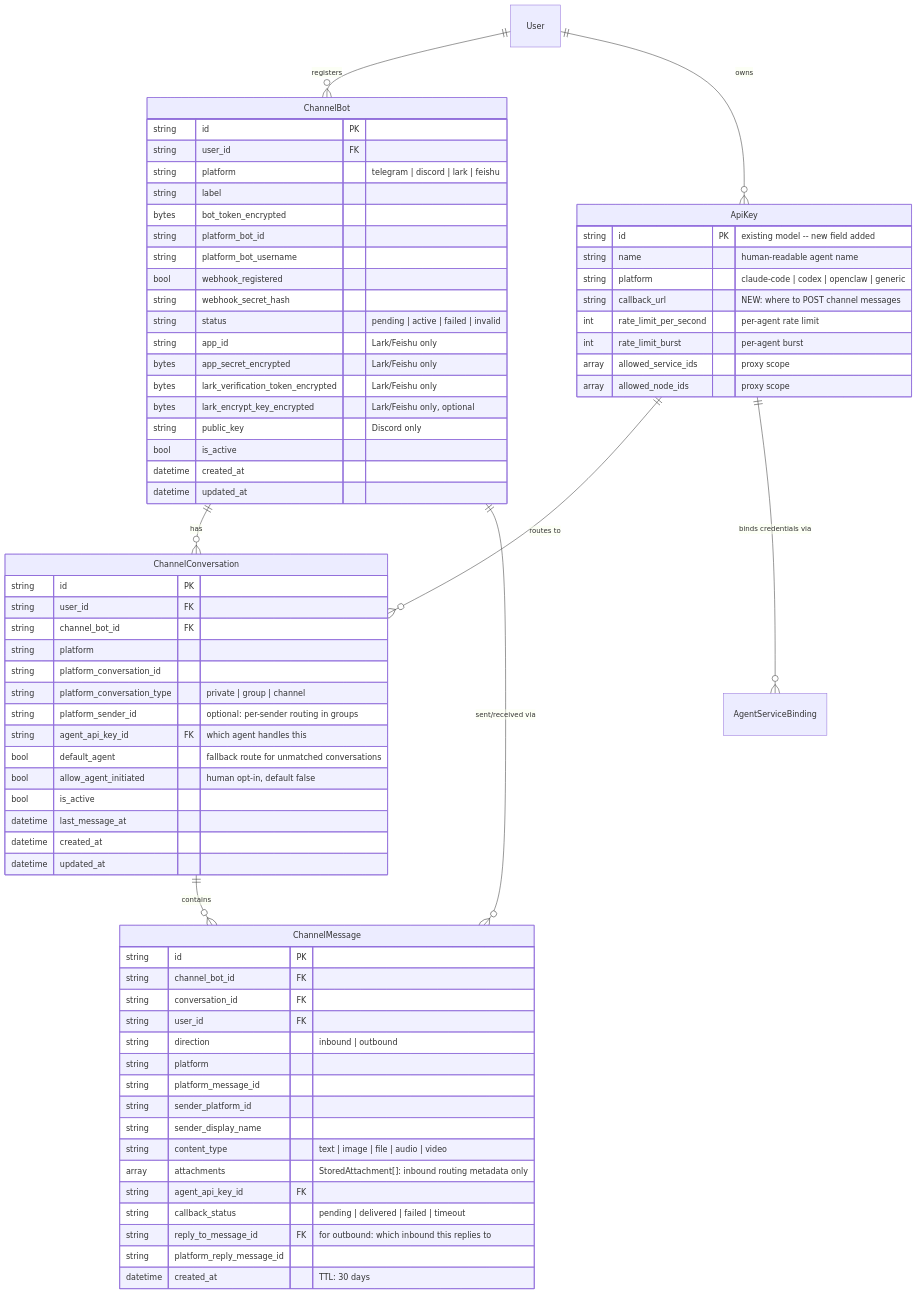
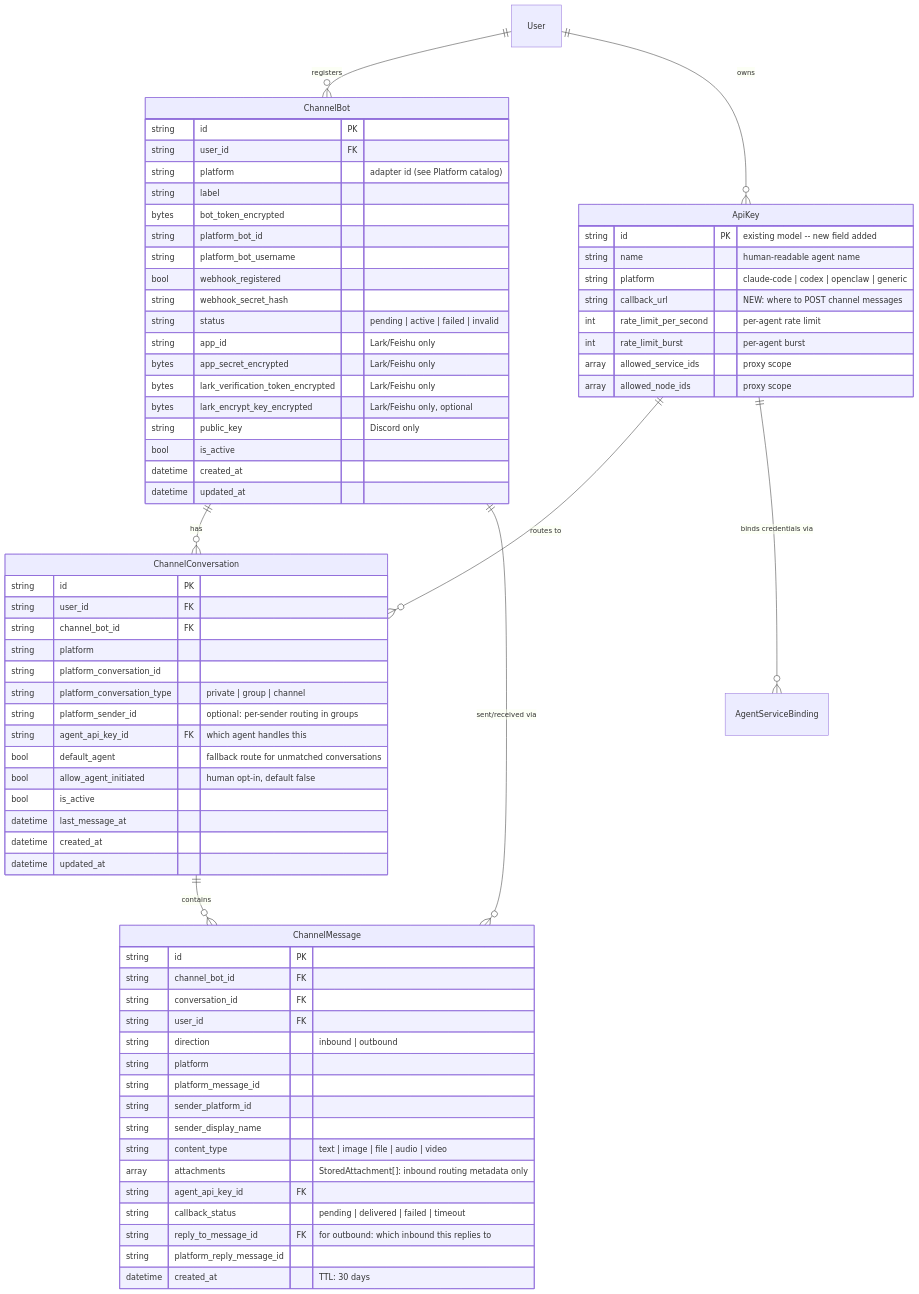
The eighth of 17 diagrams in docs/CHANNEL_BOT_RELAY.md (ChronoAIProject/NyxID), drawn with Mermaid before and after one commit. The commit also changed other lines of this file and 39 other files, not shown here.

````diff
--- a/docs/CHANNEL_BOT_RELAY.md
+++ b/docs/CHANNEL_BOT_RELAY.md
@@ -547,78 +561,78 @@
 ```mermaid
 erDiagram
     User ||--o{ ChannelBot : registers
     User ||--o{ ApiKey : owns
     ChannelBot ||--o{ ChannelConversation : has
     ApiKey ||--o{ ChannelConversation : "routes to"
     ApiKey ||--o{ AgentServiceBinding : "binds credentials via"
     ChannelConversation ||--o{ ChannelMessage : contains
     ChannelBot ||--o{ ChannelMessage : "sent/received via"
 
     ApiKey {
         string id PK "existing model -- new field added"
         string name "human-readable agent name"
         string platform "claude-code | codex | openclaw | generic"
         string callback_url "NEW: where to POST channel messages"
         int rate_limit_per_second "per-agent rate limit"
         int rate_limit_burst "per-agent burst"
         array allowed_service_ids "proxy scope"
         array allowed_node_ids "proxy scope"
     }
 
     ChannelBot {
         string id PK
         string user_id FK
-        string platform "telegram | discord | lark | feishu"
+        string platform "adapter id (see Platform catalog)"
         string label
         bytes bot_token_encrypted
         string platform_bot_id
         string platform_bot_username
         bool webhook_registered
         string webhook_secret_hash
         string status "pending | active | failed | invalid"
         string app_id "Lark/Feishu only"
         bytes app_secret_encrypted "Lark/Feishu only"
         bytes lark_verification_token_encrypted "Lark/Feishu only"
         bytes lark_encrypt_key_encrypted "Lark/Feishu only, optional"
         string public_key "Discord only"
         bool is_active
         datetime created_at
         datetime updated_at
     }
 
     ChannelConversation {
         string id PK
         string user_id FK
         string channel_bot_id FK
         string platform
         string platform_conversation_id
         string platform_conversation_type "private | group | channel"
         string platform_sender_id "optional: per-sender routing in groups"
         string agent_api_key_id FK "which agent handles this"
         bool default_agent "fallback route for unmatched conversations"
         bool allow_agent_initiated "human opt-in, default false"
         bool is_active
         datetime last_message_at
         datetime created_at
         datetime updated_at
     }
 
     ChannelMessage {
         string id PK
         string channel_bot_id FK
         string conversation_id FK
         string user_id FK
         string direction "inbound | outbound"
         string platform
         string platform_message_id
         string sender_platform_id
         string sender_display_name
         string content_type "text | image | file | audio | video"
         array attachments "StoredAttachment[]: inbound routing metadata only"
         string agent_api_key_id FK
         string callback_status "pending | delivered | failed | timeout"
         string reply_to_message_id FK "for outbound: which inbound this replies to"
         string platform_reply_message_id
         datetime created_at "TTL: 30 days"
     }
 ```
````
